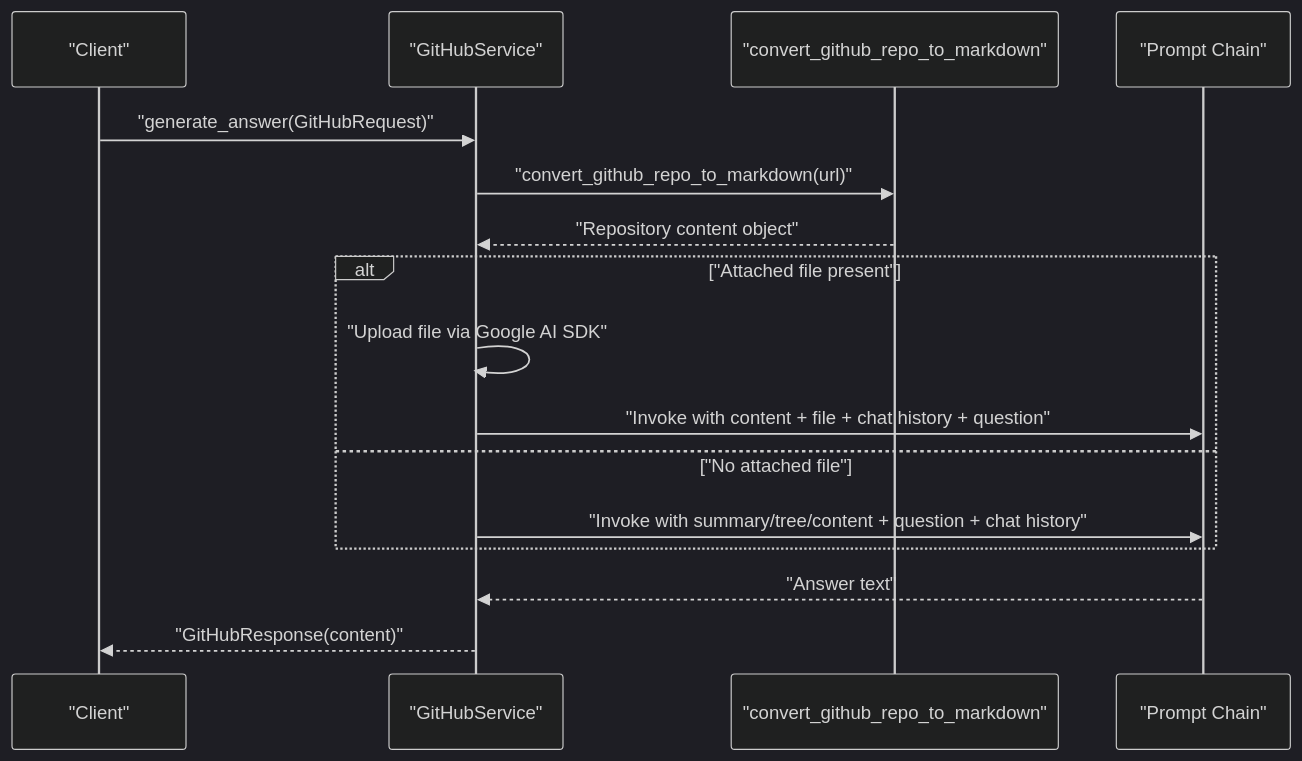
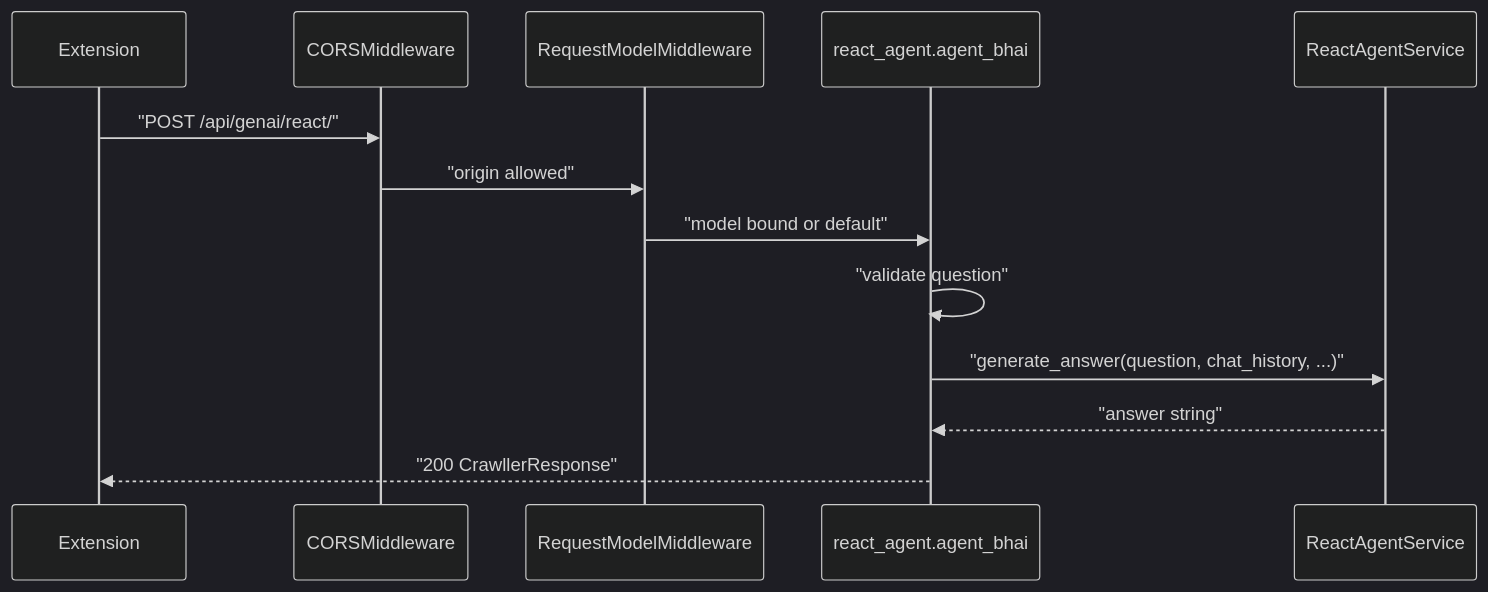
The third of 6 diagrams in src/data/docs/agentic-browser/Data Models and Schemas/Service Integration Models.md (tashifkhan/tashif.codes), drawn with Mermaid (dark theme) before and after one commit. The commit also changed other lines of this file and 114 other files, not shown here.

````diff
--- a/src/data/docs/agentic-browser/Data Models and Schemas/Service Integration Models.md
+++ b/src/data/docs/agentic-browser/Data Models and Schemas/Service Integration Models.md
@@ -121,18 +108,15 @@
 ```mermaid
 sequenceDiagram
-participant Client as "Client"
-participant Service as "GitHubService"
-participant Tool as "convert_github_repo_to_markdown"
-participant LLM as "Prompt Chain"
-Client->>Service : "generate_answer(GitHubRequest)"
-Service->>Tool : "convert_github_repo_to_markdown(url)"
-Tool-->>Service : "Repository content object"
-alt "Attached file present"
-Service->>Service : "Upload file via Google AI SDK"
-Service->>LLM : "Invoke with content + file + chat history + question"
-else "No attached file"
-Service->>LLM : "Invoke with summary/tree/content + question + chat history"
-end
-LLM-->>Service : "Answer text"
-Service-->>Client : "GitHubResponse(content)"
+  participant X as Extension
+  participant C as CORSMiddleware
+  participant M as RequestModelMiddleware
+  participant R as react_agent.agent_bhai
+  participant S as ReactAgentService
+  X->>C: "POST /api/genai/react/"
+  C->>M: "origin allowed"
+  M->>R: "model bound or default"
+  R->>R: "validate question"
+  R->>S: "generate_answer(question, chat_history, ...)"
+  S-->>R: "answer string"
+  R-->>X: "200 CrawllerResponse"
 ```
````
